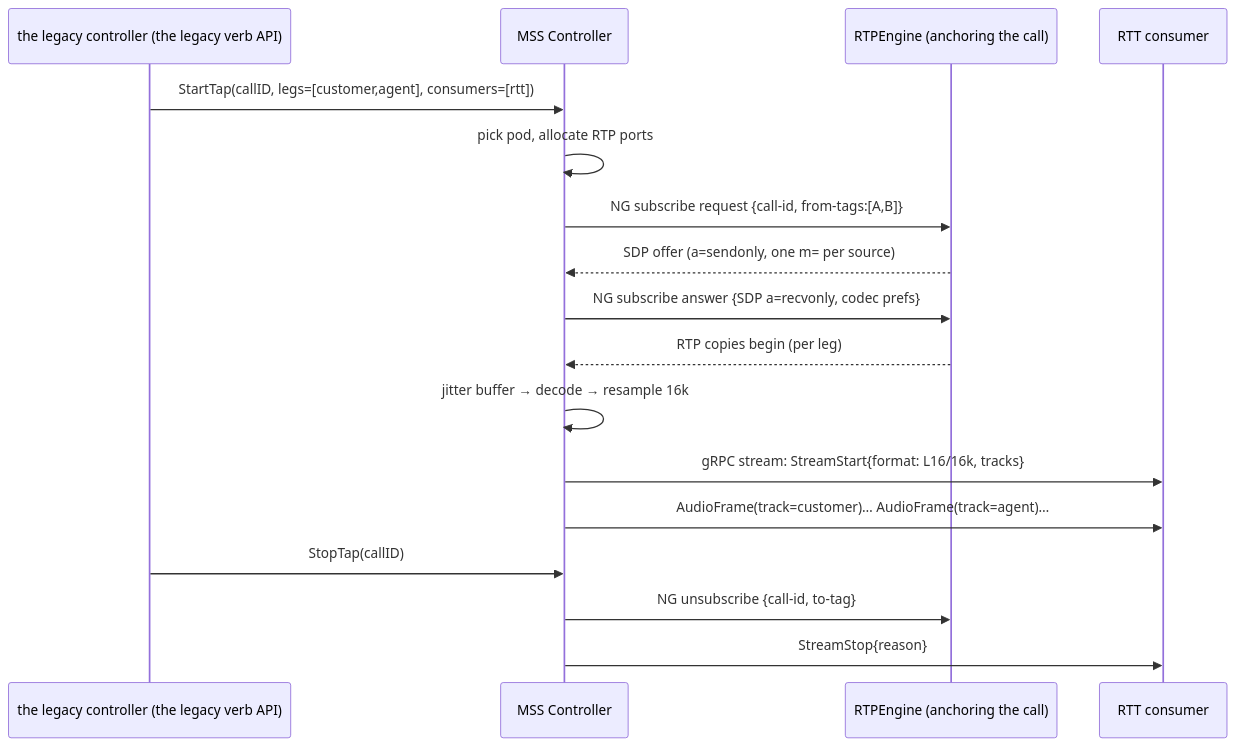
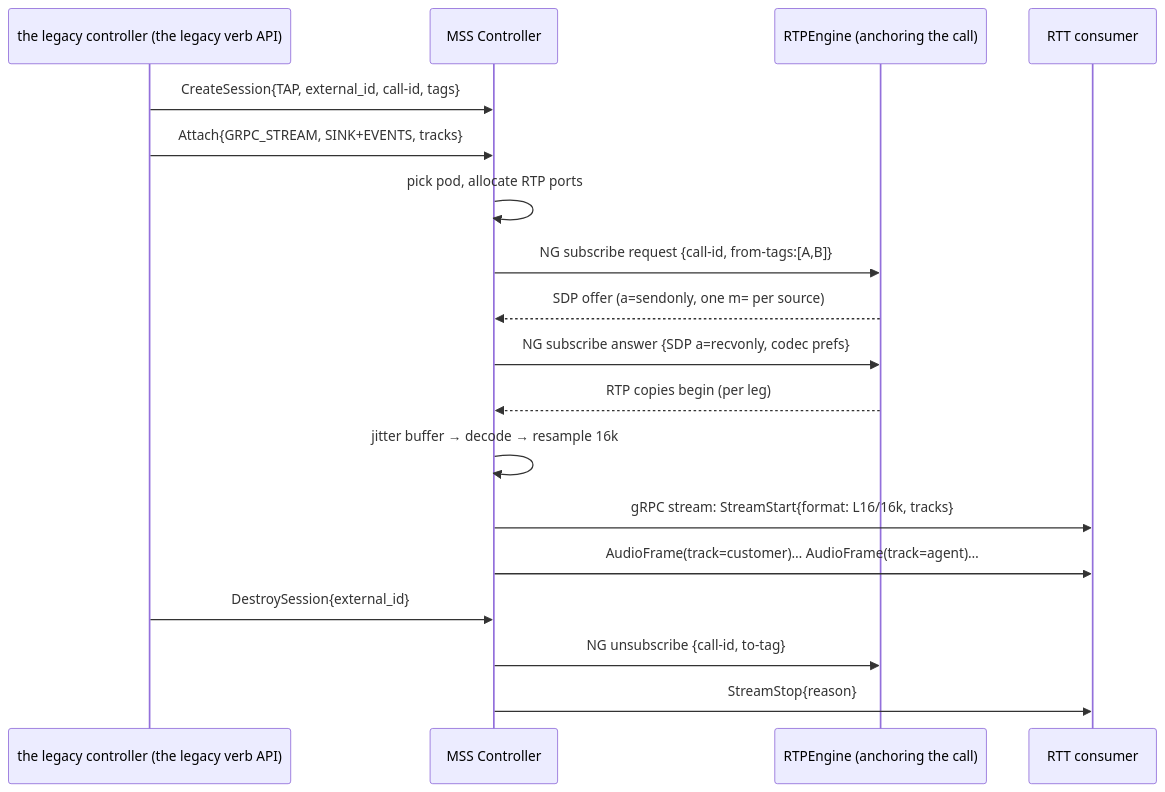
The third of 4 diagrams in docs/architecture.md (lazyboson/mediaserver), drawn with Mermaid before and after one commit. The commit also changed other lines of this file, not shown here.

First line of the commit message:
Review the rewritten architecture and repair what the rewrite broke

````diff
--- a/docs/architecture.md
+++ b/docs/architecture.md
@@ -169,20 +169,21 @@
 ```mermaid
 sequenceDiagram
     participant CG as the legacy controller (the legacy verb API)
     participant MSS as MSS Controller
     participant RE as RTPEngine (anchoring the call)
     participant RTT as RTT consumer
 
-    CG->>MSS: StartTap(callID, legs=[customer,agent], consumers=[rtt])
+    CG->>MSS: CreateSession{TAP, external_id, call-id, tags}
+    CG->>MSS: Attach{GRPC_STREAM, SINK+EVENTS, tracks}
     MSS->>MSS: pick pod, allocate RTP ports
     MSS->>RE: NG subscribe request {call-id, from-tags:[A,B]}
     RE-->>MSS: SDP offer (a=sendonly, one m= per source)
     MSS->>RE: NG subscribe answer {SDP a=recvonly, codec prefs}
     RE-->>MSS: RTP copies begin (per leg)
     MSS->>MSS: jitter buffer → decode → resample 16k
     MSS->>RTT: gRPC stream: StreamStart{format: L16/16k, tracks}
     MSS->>RTT: AudioFrame(track=customer)… AudioFrame(track=agent)…
-    CG->>MSS: StopTap(callID)
+    CG->>MSS: DestroySession{external_id}
     MSS->>RE: NG unsubscribe {call-id, to-tag}
     MSS->>RTT: StreamStop{reason}
 ```
````
